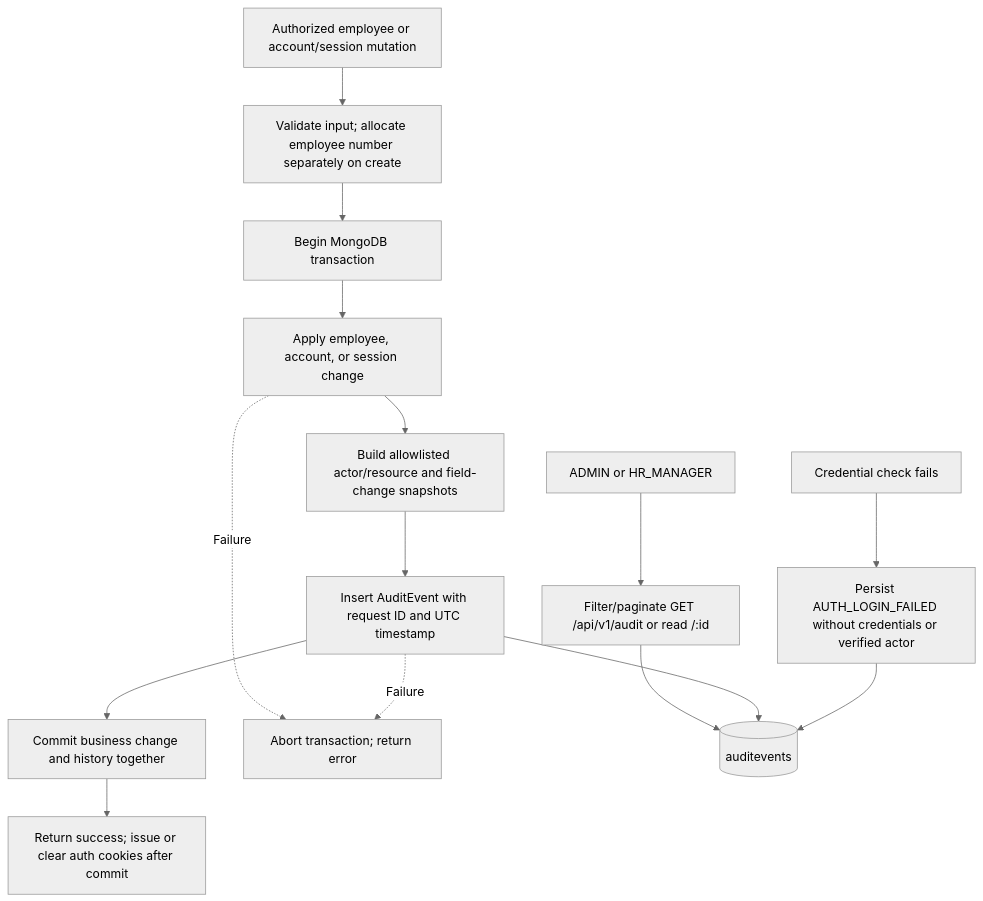
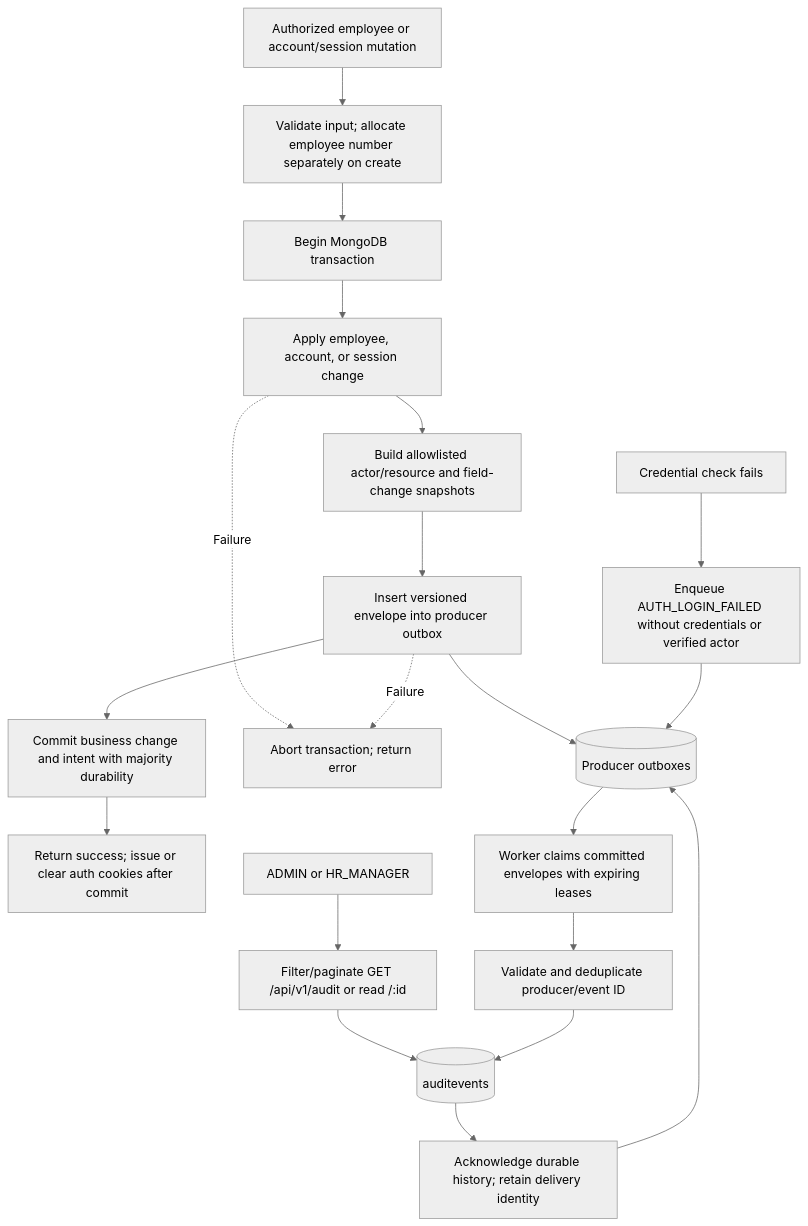
Before and after one commit to herve192-hub/WorkSphere: diagram 13 of 52 in README.md, drawn with Mermaid (neutral theme). The commit also changed other lines of this file and 30 other files, not shown here.

````diff
--- a/README.md
+++ b/README.md
@@ -634,17 +657,22 @@
 ```mermaid
 flowchart TD
     Request["Authorized employee or account/session mutation"] --> Validate["Validate input; allocate employee number separately on create"]
     Validate --> Transaction["Begin MongoDB transaction"]
     Transaction --> Write["Apply employee, account, or session change"]
     Write --> Snapshot["Build allowlisted actor/resource and field-change snapshots"]
-    Snapshot --> Event["Insert AuditEvent with request ID and UTC timestamp"]
-    Event --> Commit["Commit business change and history together"]
+    Snapshot --> Intent["Insert versioned envelope into producer outbox"]
+    Intent --> Commit["Commit business change and intent with majority durability"]
     Commit --> Response["Return success; issue or clear auth cookies after commit"]
     Write -.->|Failure| Rollback["Abort transaction; return error"]
-    Event -.->|Failure| Rollback
-    Failed["Credential check fails"] --> Anonymous["Persist AUTH_LOGIN_FAILED without credentials or verified actor"]
+    Intent -.->|Failure| Rollback
+    Failed["Credential check fails"] --> Anonymous["Enqueue AUTH_LOGIN_FAILED without credentials or verified actor"]
     Readers["ADMIN or HR_MANAGER"] --> Query["Filter/paginate GET /api/v1/audit or read /:id"]
     Query --> Store[("auditevents")]
+    Intent --> Outbox[("Producer outboxes")]
+    Anonymous --> Outbox
+    Outbox --> Worker["Worker claims committed envelopes with expiring leases"]
+    Worker --> Event["Validate and deduplicate producer/event ID"]
     Event --> Store
-    Anonymous --> Store
+    Store --> Ack["Acknowledge durable history; retain delivery identity"]
+    Ack --> Outbox
 ```
````
